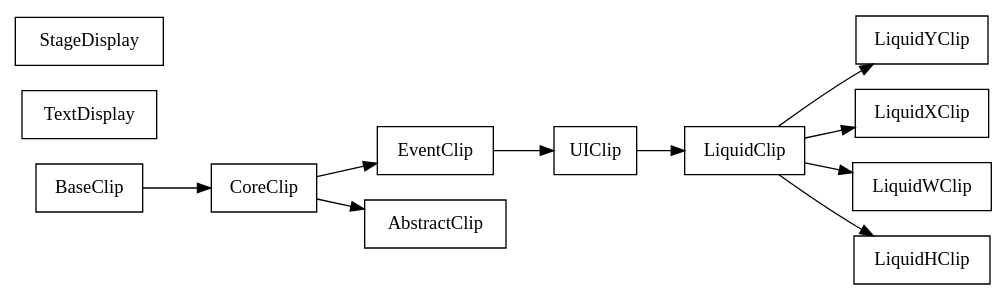
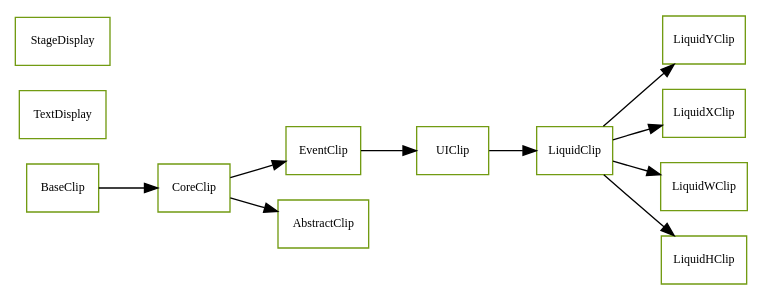
Before and after one commit to sekati/sasapi: the diagram in docs/com/sekati/display/classes.dot, drawn with Graphviz. The commit also changed 125 other files, not shown here.

```diff
--- a/docs/com/sekati/display/classes.dot
+++ b/docs/com/sekati/display/classes.dot
@@ -1,84 +1,120 @@
 strict digraph class_diagram {
   rankdir=LR;
   TypeUIClip[
     label="UIClip",
     URL="UIClip.html",
     tooltip="com.sekati.display.UIClip",
+    fontname="Verdana",
+    fontsize="9"
+    color="#729b12"
     shape="record"
   ];
   TypeTextDisplay[
     label="TextDisplay",
     URL="TextDisplay.html",
     tooltip="com.sekati.display.TextDisplay",
+    fontname="Verdana",
+    fontsize="9"
+    color="#729b12"
     shape="record"
   ];
   TypeStageDisplay[
     label="StageDisplay",
     URL="StageDisplay.html",
     tooltip="com.sekati.display.StageDisplay",
+    fontname="Verdana",
+    fontsize="9"
+    color="#729b12"
     shape="record"
   ];
   TypeLiquidYClip[
     label="LiquidYClip",
     URL="LiquidYClip.html",
     tooltip="com.sekati.display.LiquidYClip",
+    fontname="Verdana",
+    fontsize="9"
+    color="#729b12"
     shape="record"
   ];
   TypeLiquidXClip[
     label="LiquidXClip",
     URL="LiquidXClip.html",
     tooltip="com.sekati.display.LiquidXClip",
+    fontname="Verdana",
+    fontsize="9"
+    color="#729b12"
     shape="record"
   ];
   TypeLiquidWClip[
     label="LiquidWClip",
     URL="LiquidWClip.html",
     tooltip="com.sekati.display.LiquidWClip",
+    fontname="Verdana",
+    fontsize="9"
+    color="#729b12"
     shape="record"
   ];
   TypeLiquidHClip[
     label="LiquidHClip",
     URL="LiquidHClip.html",
     tooltip="com.sekati.display.LiquidHClip",
+    fontname="Verdana",
+    fontsize="9"
+    color="#729b12"
     shape="record"
   ];
   TypeLiquidClip[
     label="LiquidClip",
     URL="LiquidClip.html",
     tooltip="com.sekati.display.LiquidClip",
+    fontname="Verdana",
+    fontsize="9"
+    color="#729b12"
     shape="record"
   ];
   TypeEventClip[
     label="EventClip",
     URL="EventClip.html",
     tooltip="com.sekati.display.EventClip",
+    fontname="Verdana",
+    fontsize="9"
+    color="#729b12"
     shape="record"
   ];
   TypeCoreClip[
     label="CoreClip",
     URL="CoreClip.html",
     tooltip="com.sekati.display.CoreClip",
+    fontname="Verdana",
+    fontsize="9"
+    color="#729b12"
     shape="record"
   ];
   TypeBaseClip[
     label="BaseClip",
     URL="BaseClip.html",
     tooltip="com.sekati.display.BaseClip",
+    fontname="Verdana",
+    fontsize="9"
+    color="#729b12"
     shape="record"
   ];
   TypeAbstractClip[
     label="AbstractClip",
     URL="AbstractClip.html",
     tooltip="com.sekati.display.AbstractClip",
+    fontname="Verdana",
+    fontsize="9"
+    color="#729b12"
     shape="record"
   ];
   TypeEventClip -> TypeUIClip;
   TypeLiquidClip -> TypeLiquidYClip;
   TypeLiquidClip -> TypeLiquidXClip;
   TypeLiquidClip -> TypeLiquidWClip;
   TypeLiquidClip -> TypeLiquidHClip;
   TypeUIClip -> TypeLiquidClip;
   TypeCoreClip -> TypeEventClip;
   TypeBaseClip -> TypeCoreClip;
   TypeCoreClip -> TypeAbstractClip;
 }
```
